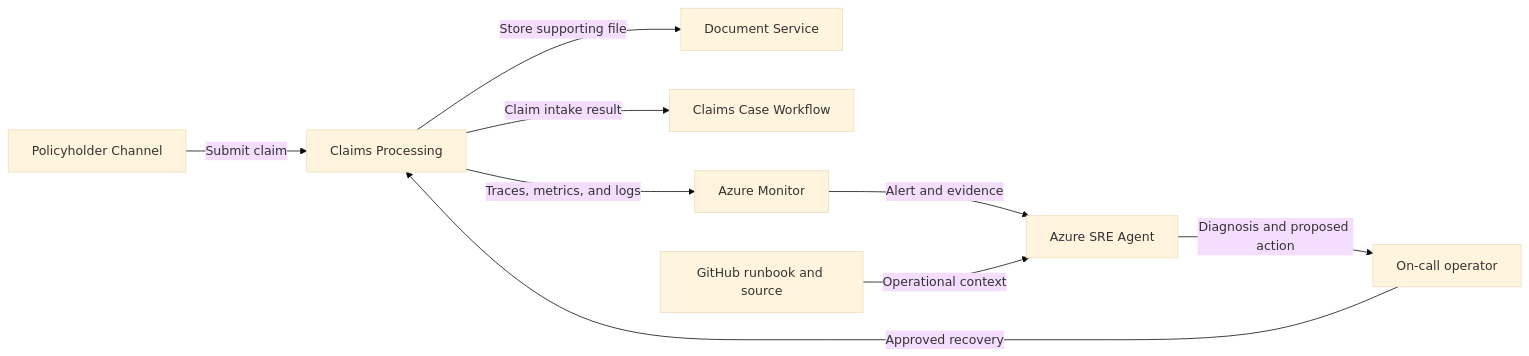
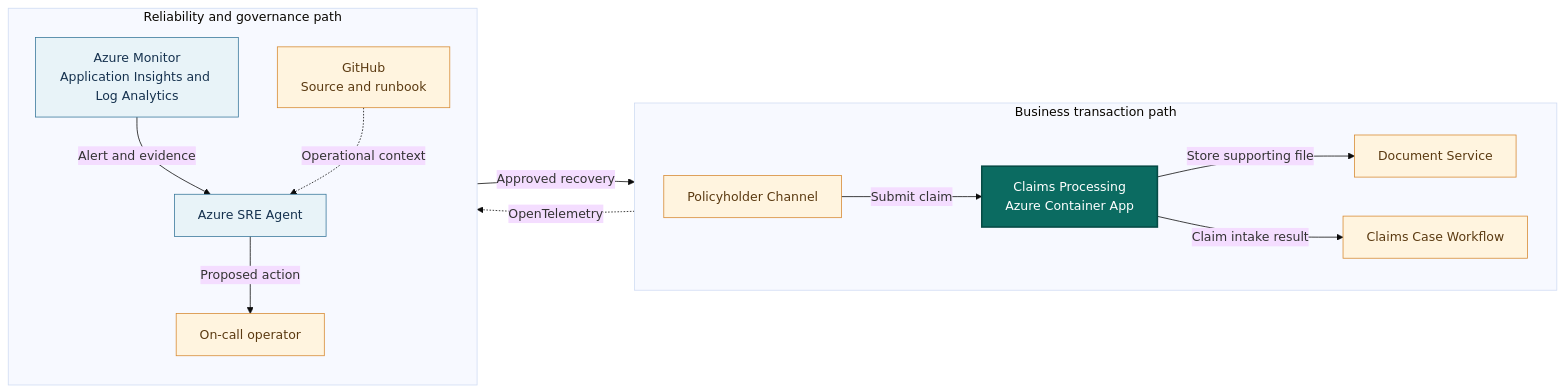
The diagram in runbooks/claims-processing.md (KrishnaDistributedcomputing/SREAgentEnterpriseShowcase), drawn with Mermaid (base theme) before and after one commit. The commit also changed other lines of this file and 14 other files, not shown here.

First line of the commit message:
docs(docs): refine system context diagrams

````diff
--- a/runbooks/claims-processing.md
+++ b/runbooks/claims-processing.md
@@ -32,11 +32,34 @@
 ```mermaid
 flowchart LR
-    Policyholder[Policyholder Channel] -->|Submit claim| App[Claims Processing]
-    App -->|Store supporting file| Dependency[Document Service]
-    App -->|Claim intake result| Case[Claims Case Workflow]
-    App -->|Traces, metrics, and logs| Monitor[Azure Monitor]
-    Monitor -->|Alert and evidence| Agent[Azure SRE Agent]
-    Runbook[GitHub runbook and source] -->|Operational context| Agent
-    Agent -->|Diagnosis and proposed action| Operator[On-call operator]
-    Operator -->|Approved recovery| App
+    subgraph Business["Business transaction path"]
+        direction LR
+        Policyholder["Policyholder Channel"]
+        App["Claims Processing<br/>Azure Container App"]
+        Documents["Document Service"]
+        Case["Claims Case Workflow"]
+        Policyholder -->|"Submit claim"| App
+        App -->|"Store supporting file"| Documents
+        App -->|"Claim intake result"| Case
+    end
+
+    subgraph Operations["Reliability and governance path"]
+        direction TB
+        Monitor["Azure Monitor<br/>Application Insights and Log Analytics"]
+        Agent["Azure SRE Agent"]
+        Operator["On-call operator"]
+        Repository["GitHub<br/>Source and runbook"]
+        Monitor -->|"Alert and evidence"| Agent
+        Repository -.->|"Operational context"| Agent
+        Agent -->|"Proposed action"| Operator
+    end
+
+    App -.->|"OpenTelemetry"| Monitor
+    Operator -->|"Approved recovery"| App
+
+    classDef application fill:#0b6b61,color:#ffffff,stroke:#064b45,stroke-width:2px
+    classDef azure fill:#e8f3f8,color:#16324f,stroke:#39789b
+    classDef external fill:#fff4df,color:#5b3a11,stroke:#d78a32
+    class App application
+    class Monitor,Agent azure
+    class Policyholder,Documents,Case,Operator,Repository external
 ```
````
